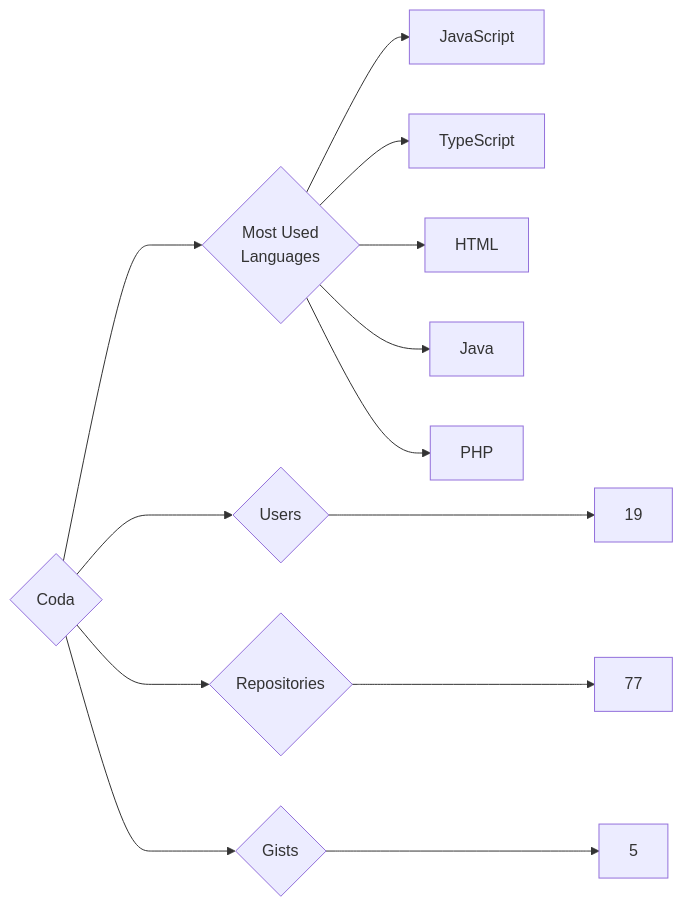
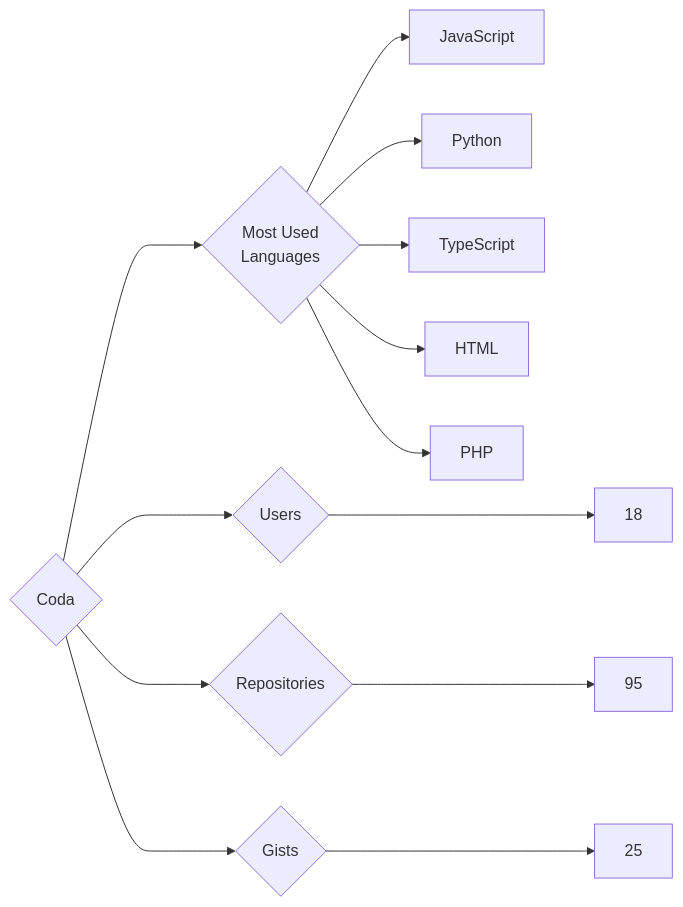
One commit to trickest/insiders changed the diagram in targets/Coda/README.md. Above: the diagram before and after it, drawn with Mermaid. The commit also changed 823 other files, not shown here.

````diff
--- a/targets/Coda/README.md
+++ b/targets/Coda/README.md
@@ -3,13 +3,13 @@
 ```mermaid
 graph LR
 COMPANY_NAME{Coda}
-COMPANY_NAME ---> U{Users} ---> UN[19]
-COMPANY_NAME ---> R{Repositories} ---> RN[77]
-COMPANY_NAME ---> G{Gists} ---> GN[5]
+COMPANY_NAME ---> U{Users} ---> UN[18]
+COMPANY_NAME ---> R{Repositories} ---> RN[95]
+COMPANY_NAME ---> G{Gists} ---> GN[25]
 COMPANY_NAME ---> ML{Most Used<br>Languages}
 ML --> JavaScript[JavaScript]
+ML --> Python[Python]
 ML --> TypeScript[TypeScript]
 ML --> HTML[HTML]
-ML --> Java[Java]
 ML --> PHP[PHP]
 ```
````
